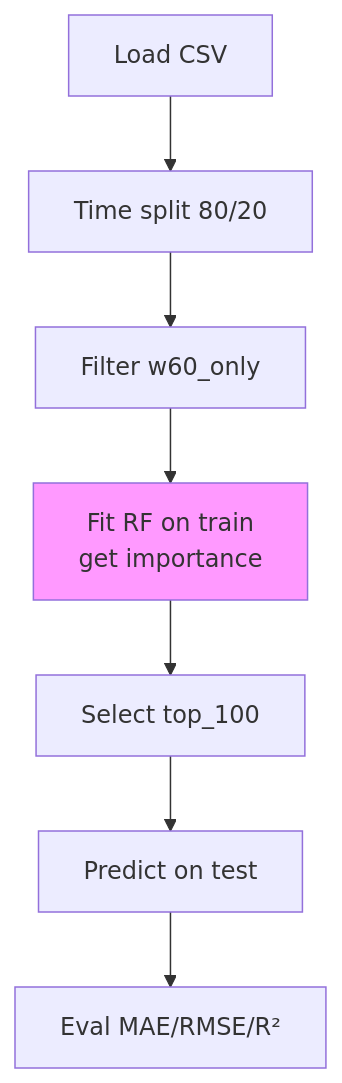
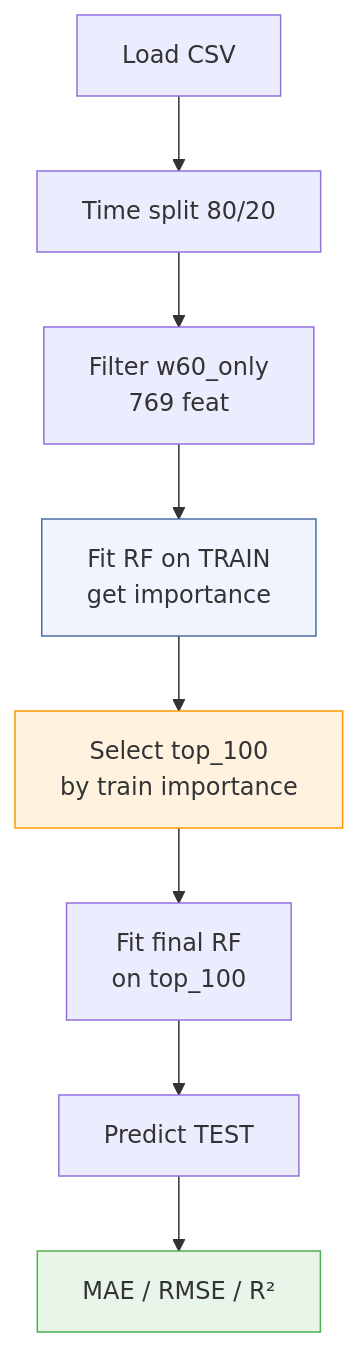
One commit to Misha-42/soda-ml-carbonation-control changed the third of 9 diagrams in experiments/soda-ml-nir_targetB_v6/README.md. Above: the diagram before and after it, drawn with Mermaid. The commit also changed other lines of this file, not shown here.

````diff
--- a/experiments/soda-ml-nir_targetB_v6/README.md
+++ b/experiments/soda-ml-nir_targetB_v6/README.md
@@ -30,10 +106,13 @@
 ```mermaid
 graph TB
     A[Load CSV] --> B[Time split 80/20]
-    B --> C[Filter w60_only]
-    C --> D[Fit RF on train<br/>get importance]
-    D --> E[Select top_100]
-    E --> F[Predict on test]
-    F --> G[Eval MAE/RMSE/R²]
-    style D fill:#f9f
+    B --> C[Filter w60_only<br/>769 feat]
+    C --> D[Fit RF on TRAIN<br/>get importance]
+    D --> E[Select top_100<br/>by train importance]
+    E --> F[Fit final RF<br/>on top_100]
+    F --> G[Predict TEST]
+    G --> H[MAE / RMSE / R²]
+    style D fill:#f0f4ff,stroke:#4a6fa5
+    style E fill:#fff3e0,stroke:#ff9800
+    style H fill:#e8f5e9,stroke:#4caf50
 ```
````
